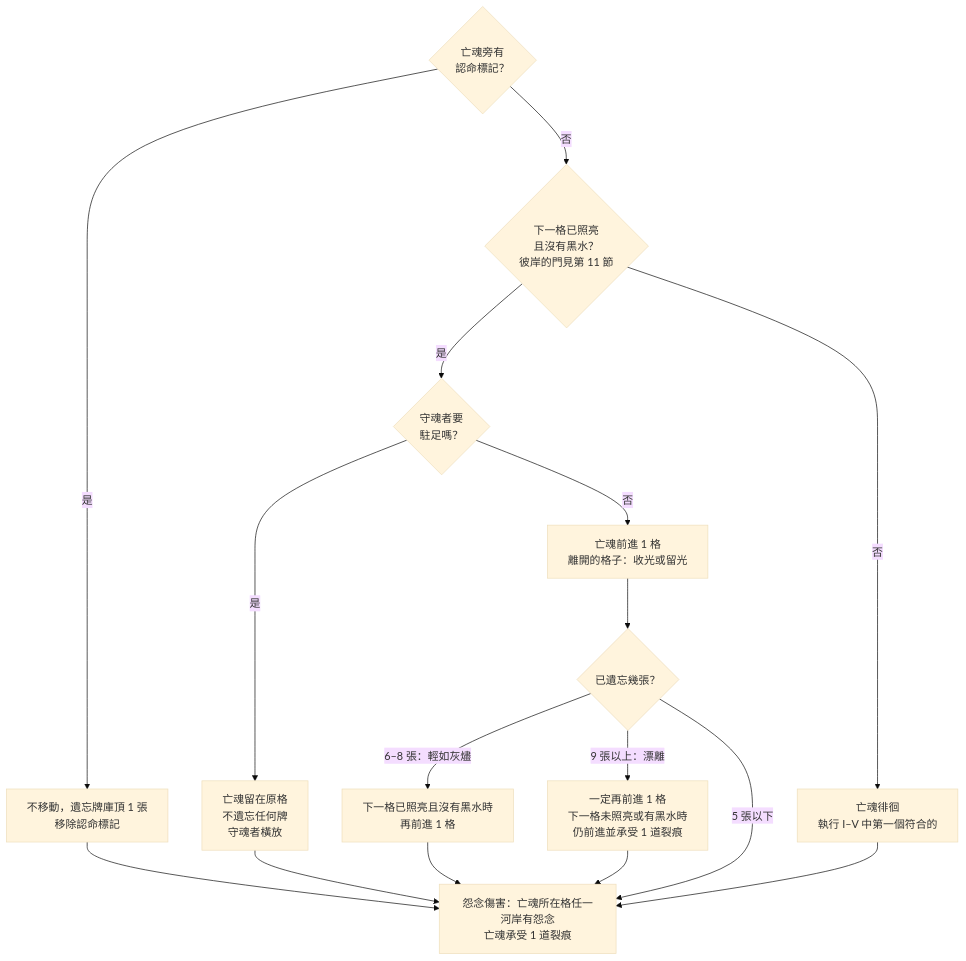
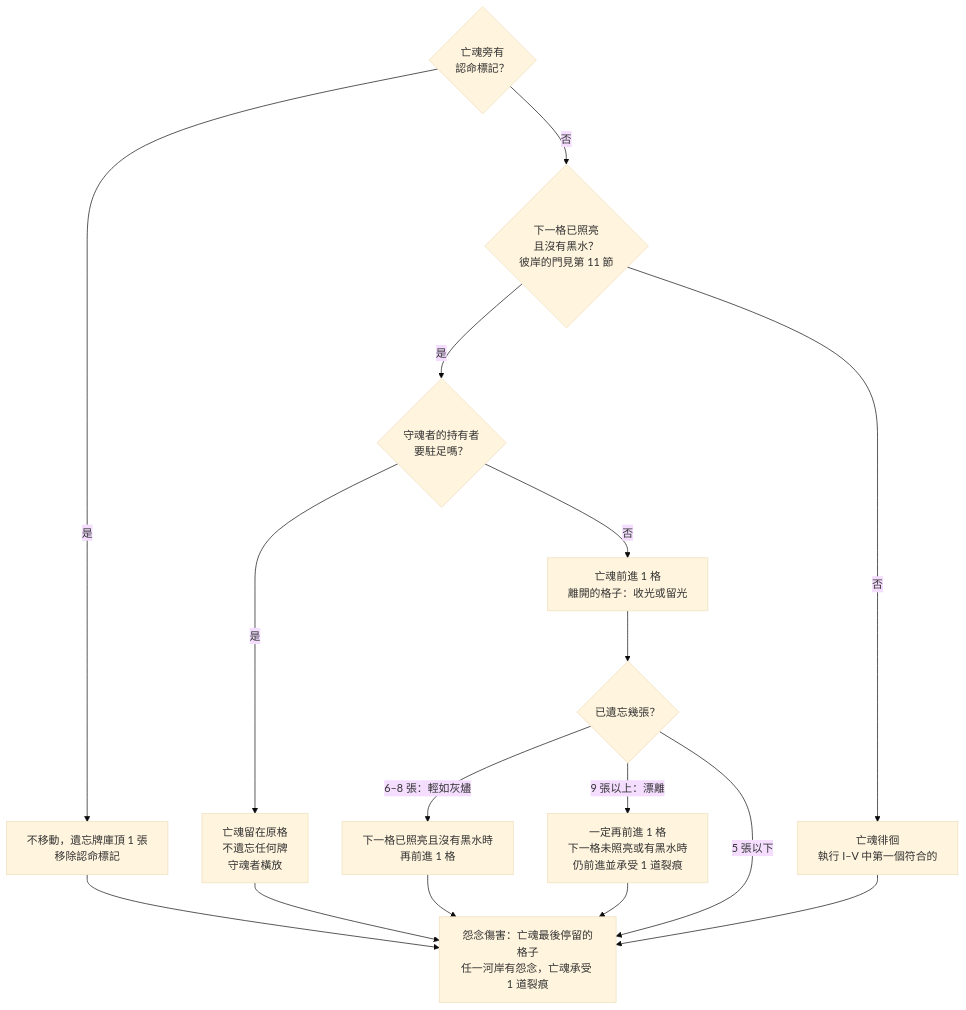
One commit to Ralph-Liu-Hub/Boardgame-Netherbloom changed the diagram in docs/rules/zh-TW/V5/Rulebook.md. Above: the diagram before and after it, drawn with Mermaid (base theme). The commit also changed other lines of this file and 31 other files, not shown here.

````diff
--- a/docs/rules/zh-TW/V5/Rulebook.md
+++ b/docs/rules/zh-TW/V5/Rulebook.md
@@ -319,13 +350,13 @@
 ```mermaid
 flowchart TD
     A{亡魂旁有<br>認命標記？} -- 是 --> A1[不移動，遺忘牌庫頂 1 張<br>移除認命標記] --> E
     A -- 否 --> B{下一格已照亮<br>且沒有黑水？<br>彼岸的門見第 11 節}
-    B -- 是 --> W{守魂者要<br>駐足嗎？}
+    B -- 是 --> W{守魂者的持有者<br>要駐足嗎？}
     W -- 是 --> W1[亡魂留在原格<br>不遺忘任何牌<br>守魂者橫放] --> E
     W -- 否 --> B1[亡魂前進 1 格<br>離開的格子：收光或留光] --> C
     B -- 否 --> D[亡魂徘徊<br>執行 I–V 中第一個符合的] --> E
     C{已遺忘幾張？} -- 6–8 張：輕如灰燼 --> C1[下一格已照亮且沒有黑水時<br>再前進 1 格] --> E
     C -- 9 張以上：漂離 --> C2[一定再前進 1 格<br>下一格未照亮或有黑水時<br>仍前進並承受 1 道裂痕] --> E
     C -- 5 張以下 --> E
-    E[怨念傷害：亡魂所在格任一河岸有怨念<br>亡魂承受 1 道裂痕]
+    E[怨念傷害：亡魂最後停留的格子<br>任一河岸有怨念，亡魂承受 1 道裂痕]
 ```
````
